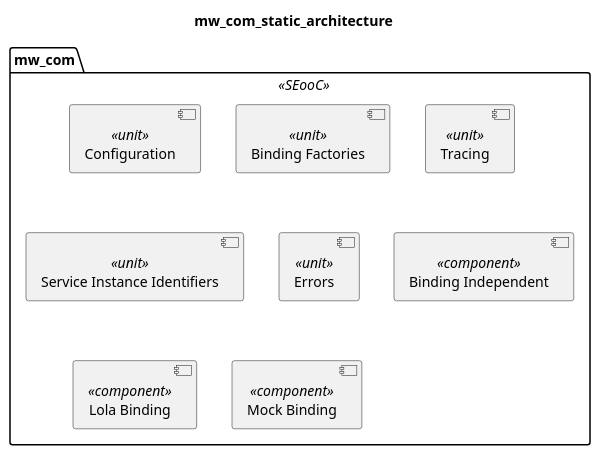
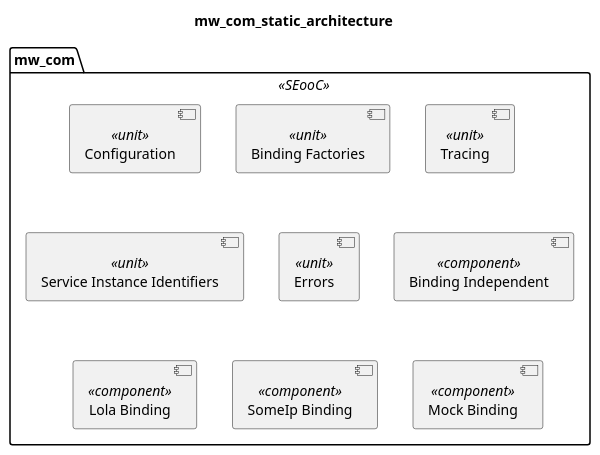
The diagram in score/mw/com/dependability/architectural_design/static_design/overall.puml (eclipse-score/communication), drawn with PlantUML before and after one commit. The commit also changed 1 other file, not shown here.

Commit message:
Add someip puml

```diff
--- a/score/mw/com/dependability/architectural_design/static_design/overall.puml
+++ b/score/mw/com/dependability/architectural_design/static_design/overall.puml
@@ -13,16 +13,17 @@
 @startuml safety_sentinel_mwcom_design
 title "mw_com_static_architecture"
 
 package "mw_com" as mw_com <<SEooC>>  {
   component "Configuration" as mw_com_configuration <<unit>>
   component "Binding Factories" as mw_com_binding_factories <<unit>>
   component "Tracing" as mw_com_tracing <<unit>>
   component "Service Instance Identifiers" as service_instance_identifiers <<unit>>
   component "Errors" as errors <<unit>>
 
   component "Binding Independent" as binding_independent <<component>>
   component "Lola Binding" as lola_binding <<component>>
+  component "SomeIp Binding" as someip_binding <<component>>
   component "Mock Binding" as mock_binding <<component>>
 }
 
 @enduml
```
